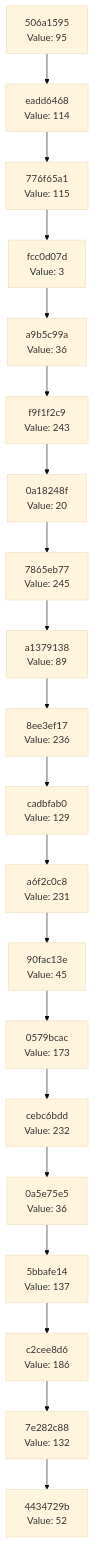
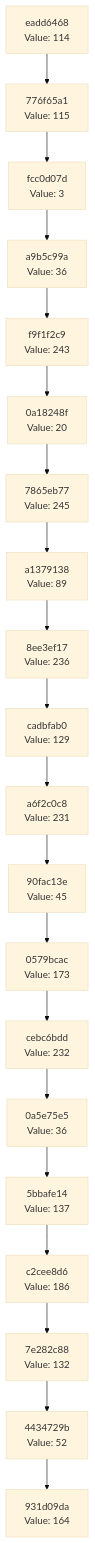
The diagram in docs/CHAIN_VISUALIZATION.md (Abhisheksinha1506/hash-chain-evolver), drawn with Mermaid (base theme) before and after one commit. The commit also changed 2 other files, not shown here.

Commit message:
Evolution step: hash 0xA4 → action executed

````diff
--- a/docs/CHAIN_VISUALIZATION.md
+++ b/docs/CHAIN_VISUALIZATION.md
@@ -3,42 +3,42 @@
 ```mermaid
 graph TD
-    C0["4434729b<br/>Value: 52"]
-    C1["7e282c88<br/>Value: 132"]
+    C0["931d09da<br/>Value: 164"]
+    C1["4434729b<br/>Value: 52"]
     C1 --> C0
-    C2["c2cee8d6<br/>Value: 186"]
+    C2["7e282c88<br/>Value: 132"]
     C2 --> C1
-    C3["5bbafe14<br/>Value: 137"]
+    C3["c2cee8d6<br/>Value: 186"]
     C3 --> C2
-    C4["0a5e75e5<br/>Value: 36"]
+    C4["5bbafe14<br/>Value: 137"]
     C4 --> C3
-    C5["cebc6bdd<br/>Value: 232"]
+    C5["0a5e75e5<br/>Value: 36"]
     C5 --> C4
-    C6["0579bcac<br/>Value: 173"]
+    C6["cebc6bdd<br/>Value: 232"]
     C6 --> C5
-    C7["90fac13e<br/>Value: 45"]
+    C7["0579bcac<br/>Value: 173"]
     C7 --> C6
-    C8["a6f2c0c8<br/>Value: 231"]
+    C8["90fac13e<br/>Value: 45"]
     C8 --> C7
-    C9["cadbfab0<br/>Value: 129"]
+    C9["a6f2c0c8<br/>Value: 231"]
     C9 --> C8
-    C10["8ee3ef17<br/>Value: 236"]
+    C10["cadbfab0<br/>Value: 129"]
     C10 --> C9
-    C11["a1379138<br/>Value: 89"]
+    C11["8ee3ef17<br/>Value: 236"]
     C11 --> C10
-    C12["7865eb77<br/>Value: 245"]
+    C12["a1379138<br/>Value: 89"]
     C12 --> C11
-    C13["0a18248f<br/>Value: 20"]
+    C13["7865eb77<br/>Value: 245"]
     C13 --> C12
-    C14["f9f1f2c9<br/>Value: 243"]
+    C14["0a18248f<br/>Value: 20"]
     C14 --> C13
-    C15["a9b5c99a<br/>Value: 36"]
+    C15["f9f1f2c9<br/>Value: 243"]
     C15 --> C14
-    C16["fcc0d07d<br/>Value: 3"]
+    C16["a9b5c99a<br/>Value: 36"]
     C16 --> C15
-    C17["776f65a1<br/>Value: 115"]
+    C17["fcc0d07d<br/>Value: 3"]
     C17 --> C16
-    C18["eadd6468<br/>Value: 114"]
+    C18["776f65a1<br/>Value: 115"]
     C18 --> C17
-    C19["506a1595<br/>Value: 95"]
+    C19["eadd6468<br/>Value: 114"]
     C19 --> C18
 ```
````
